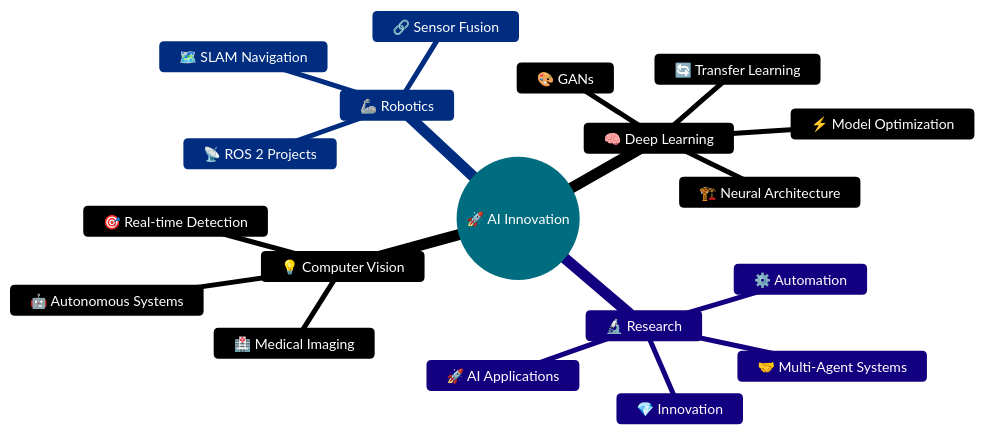
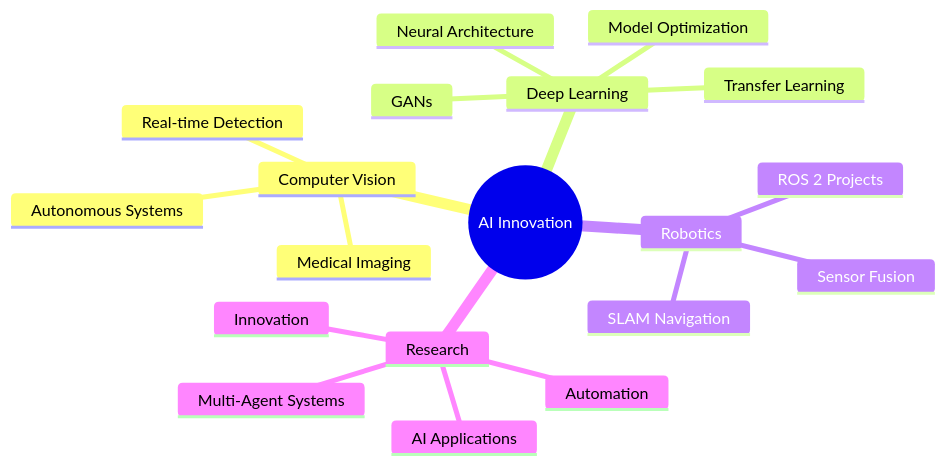
The diagram in README.md (MO-NASSER9/MO-NASSER9), drawn with Mermaid before and after one commit. The commit also changed other lines of this file, not shown here.

````diff
--- a/README.md
+++ b/README.md
@@ -111,40 +109,22 @@
 ```mermaid
-%%{init: {'theme':'base', 'themeVariables': { 
-  'primaryColor':'#00D9FF',
-  'primaryTextColor':'#ffffff',
-  'primaryBorderColor':'#00D9FF',
-  'lineColor':'#00D9FF',
-  'secondaryColor':'#1a1a2e',
-  'tertiaryColor':'#16213e',
-  'background':'#0d1117',
-  'mainBkg':'#161b22',
-  'secondBkg':'#0d1117',
-  'tertiaryBkg':'#161b22',
-  'textColor':'#ffffff',
-  'nodeBorder':'#00D9FF',
-  'clusterBkg':'#161b22',
-  'clusterBorder':'#00D9FF',
-  'fontSize':'14px',
-  'nodeTextColor':'#ffffff'
-}}}%%
 mindmap
-  root((🚀 AI Innovation))
-    💡 Computer Vision
-      🎯 Real-time Detection
-      🏥 Medical Imaging
-      🤖 Autonomous Systems
-    🧠 Deep Learning
-      ⚡ Model Optimization
-      🔄 Transfer Learning
-      🏗️ Neural Architecture
-      🎨 GANs
-    🦾 Robotics
-      📡 ROS 2 Projects
-      🗺️ SLAM Navigation
-      🔗 Sensor Fusion
-    🔬 Research
-      🚀 AI Applications
-      🤝 Multi-Agent Systems
-      ⚙️ Automation
-      💎 Innovation
+  root((AI Innovation))
+    Computer Vision
+      Real-time Detection
+      Medical Imaging
+      Autonomous Systems
+    Deep Learning
+      Model Optimization
+      Transfer Learning
+      Neural Architecture
+      GANs
+    Robotics
+      ROS 2 Projects
+      SLAM Navigation
+      Sensor Fusion
+    Research
+      AI Applications
+      Multi-Agent Systems
+      Automation
+      Innovation
 ```
````
